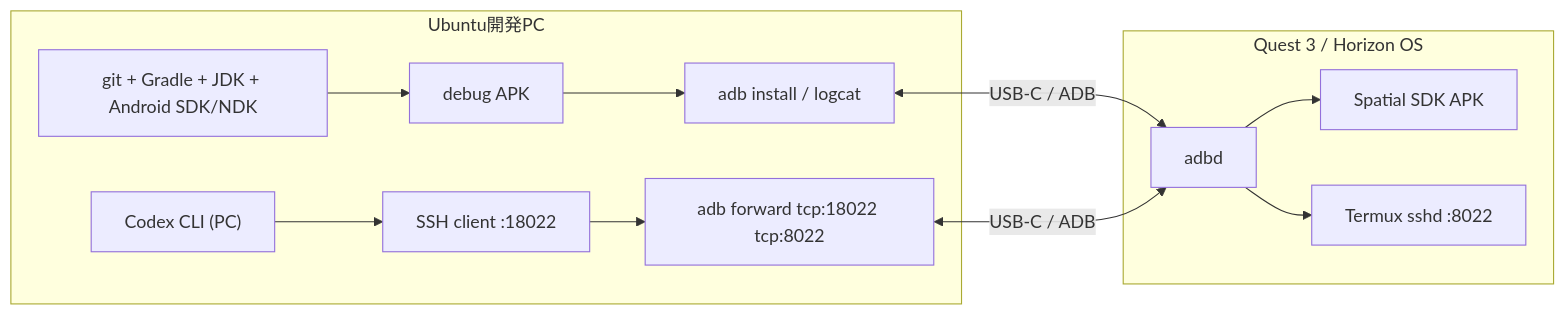
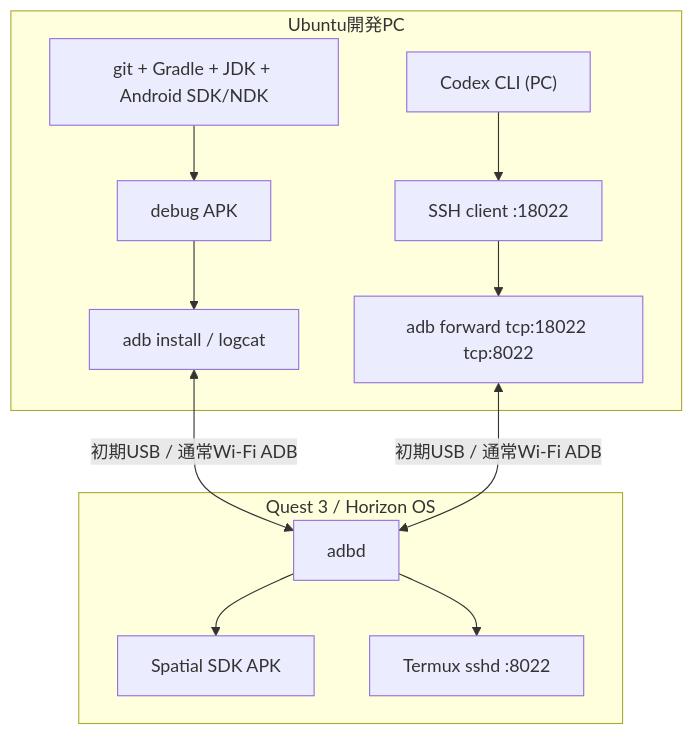
Before and after one commit to tin-machine/eidolon-wayland: the first of 3 diagrams in docs/phase-0-development-environment.md, drawn with Mermaid. The commit also changed other lines of this file and 6 other files, not shown here.

```diff
--- a/docs/phase-0-development-environment.md
+++ b/docs/phase-0-development-environment.md
@@ -17,15 +21,15 @@
 ~~~mermaid
-flowchart LR
+flowchart TB
  subgraph PC["Ubuntu開発PC"]
   BUILD["git + Gradle + JDK + Android SDK/NDK"] --> APK["debug APK"]
   CODEX["Codex CLI (PC)"] --> SSH["SSH client :18022"]
   APK --> ADB["adb install / logcat"]
   SSH --> FWD["adb forward tcp:18022 tcp:8022"]
  end
  subgraph QUEST["Quest 3 / Horizon OS"]
   AD["adbd"] --> APP["Spatial SDK APK"]
   AD --> T["Termux sshd :8022"]
  end
- ADB <-->|"USB-C / ADB"| AD
- FWD <-->|"USB-C / ADB"| AD
+ ADB <-->|"初期USB / 通常Wi-Fi ADB"| AD
+ FWD <-->|"初期USB / 通常Wi-Fi ADB"| AD
 ~~~
```
